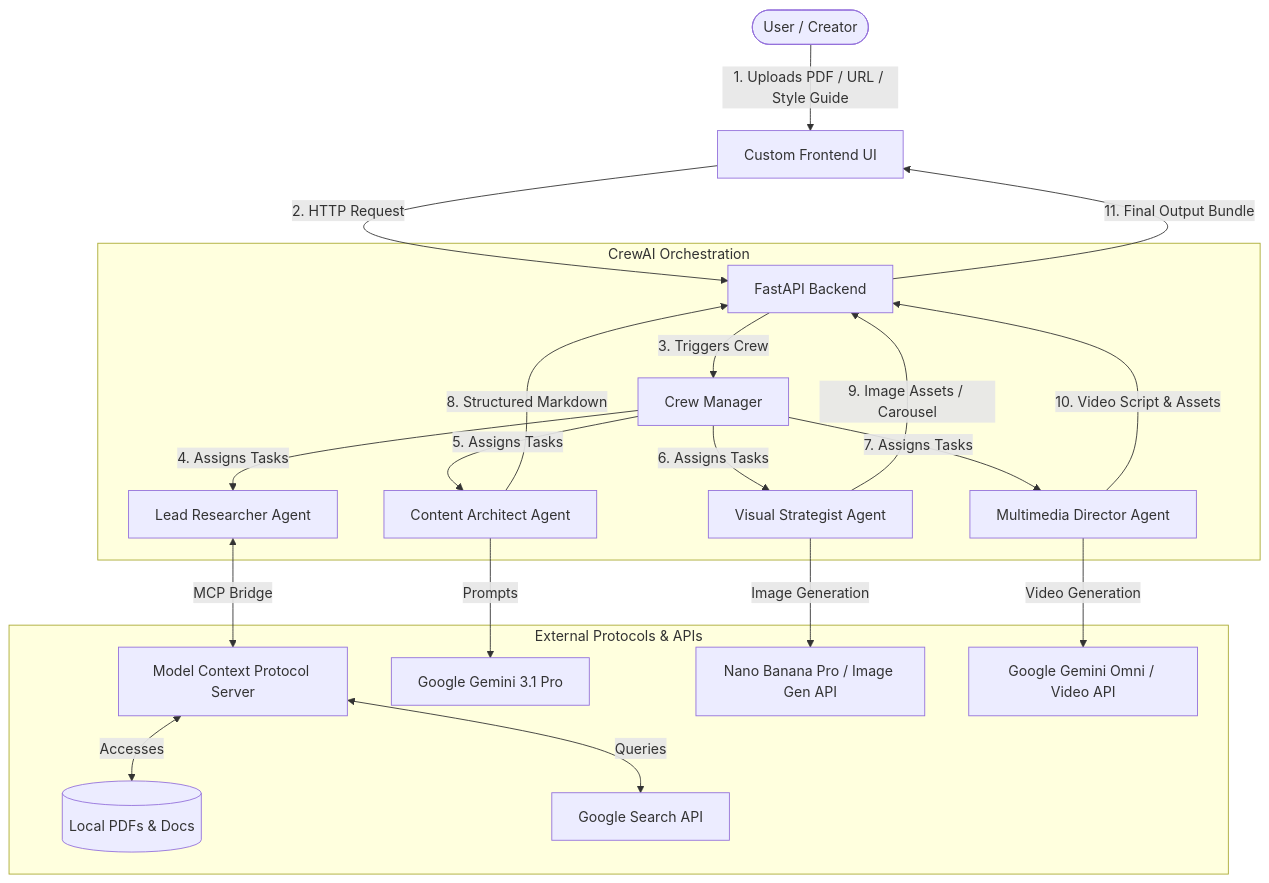
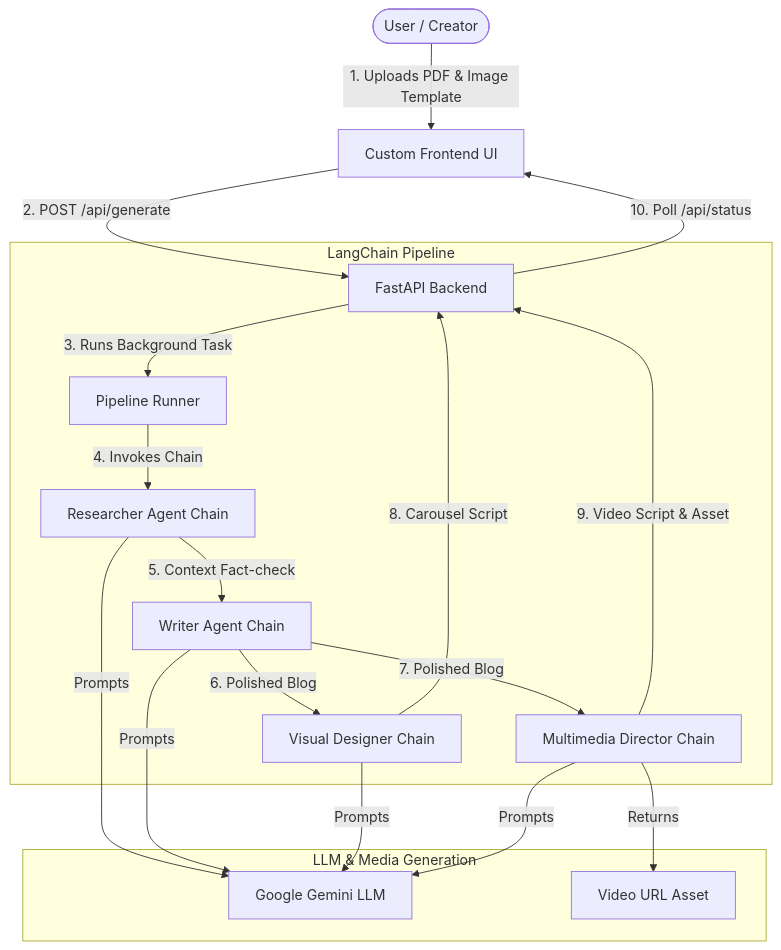
The diagram in readme.md (Suhas-Koheda/content-automate), drawn with Mermaid before and after one commit. The commit also changed other lines of this file and 1 other file, not shown here.

Commit message:
feat: add agent interaction guidelines and simplify architectural documentation in readme

````diff
--- a/readme.md
+++ b/readme.md
@@ -14,28 +12,22 @@
 ```mermaid
 graph TD
-    User([User / Creator]) -->|1. Uploads PDF / URL / Style Guide| UI[Custom Frontend UI]
-    UI -->|2. HTTP Request| API[FastAPI Backend]
+    User([User / Creator]) -->|1. Uploads PDF & Image Template| UI[Custom Frontend UI]
+    UI -->|2. POST /api/generate| API[FastAPI Backend]
     
-    subgraph Orchestration Engine [CrewAI Orchestration]
-        API -->|3. Triggers Crew| Crew[Crew Manager]
-        Crew -->|4. Assigns Tasks| Researcher[Lead Researcher Agent]
-        Crew -->|5. Assigns Tasks| Writer[Content Architect Agent]
-        Crew -->|6. Assigns Tasks| Designer[Visual Strategist Agent]
-        Crew -->|7. Assigns Tasks| Director[Multimedia Director Agent]
+    subgraph Agentic Orchestration [LangChain Pipeline]
+        API -->|3. Runs Background Task| Runner[Pipeline Runner]
+        Runner -->|4. Invokes Chain| Researcher[Researcher Agent Chain]
+        Researcher -->|5. Context Fact-check| Writer[Writer Agent Chain]
+        Writer -->|6. Polished Blog| Designer[Visual Designer Chain]
+        Writer -->|7. Polished Blog| Director[Multimedia Director Chain]
     end
 
-    subgraph External Protocols & APIs
-        Researcher <-->|MCP Bridge| MCPServer[Model Context Protocol Server]
-        MCPServer <-->|Accesses| Filesystem[(Local PDFs & Docs)]
-        MCPServer <-->|Queries| SearchAPI[Google Search API]
-        
-        Writer -->|Prompts| GeminiPro[Google Gemini 3.1 Pro]
-        Designer -->|Image Generation| NanoBanana[Nano Banana Pro / Image Gen API]
-        Director -->|Video Generation| GeminiOmni[Google Gemini Omni / Video API]
+    subgraph LLM & Media Generation
+        Researcher & Writer & Designer & Director -->|Prompts| GeminiLLM[Google Gemini LLM]
+        Director -->|Returns| VideoURL[Video URL Asset]
     end
 
-    Writer -->|8. Structured Markdown| API
-    Designer -->|9. Image Assets / Carousel| API
-    Director -->|10. Video Script & Assets| API
-    API -->|11. Final Output Bundle| UI
+    Designer -->|8. Carousel Script| API
+    Director -->|9. Video Script & Asset| API
+    API -->|10. Poll /api/status| UI
 ```
````
